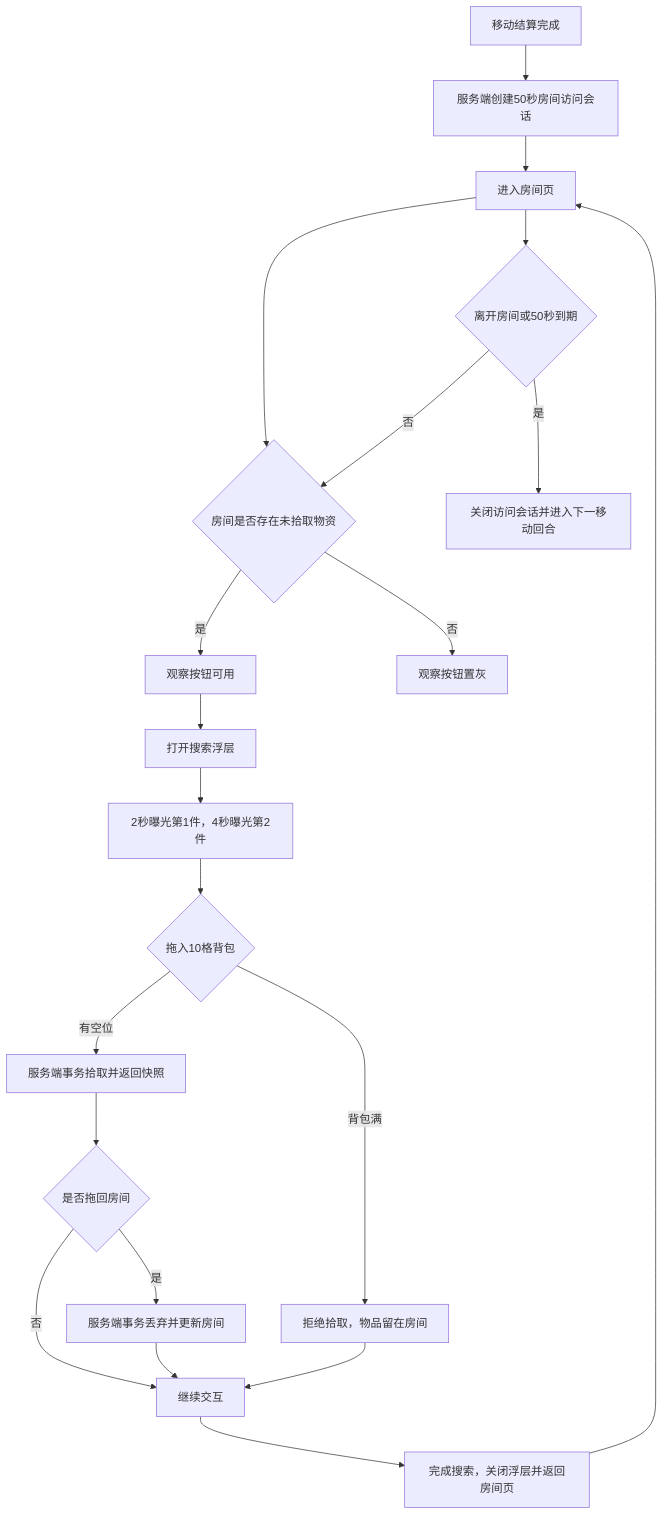
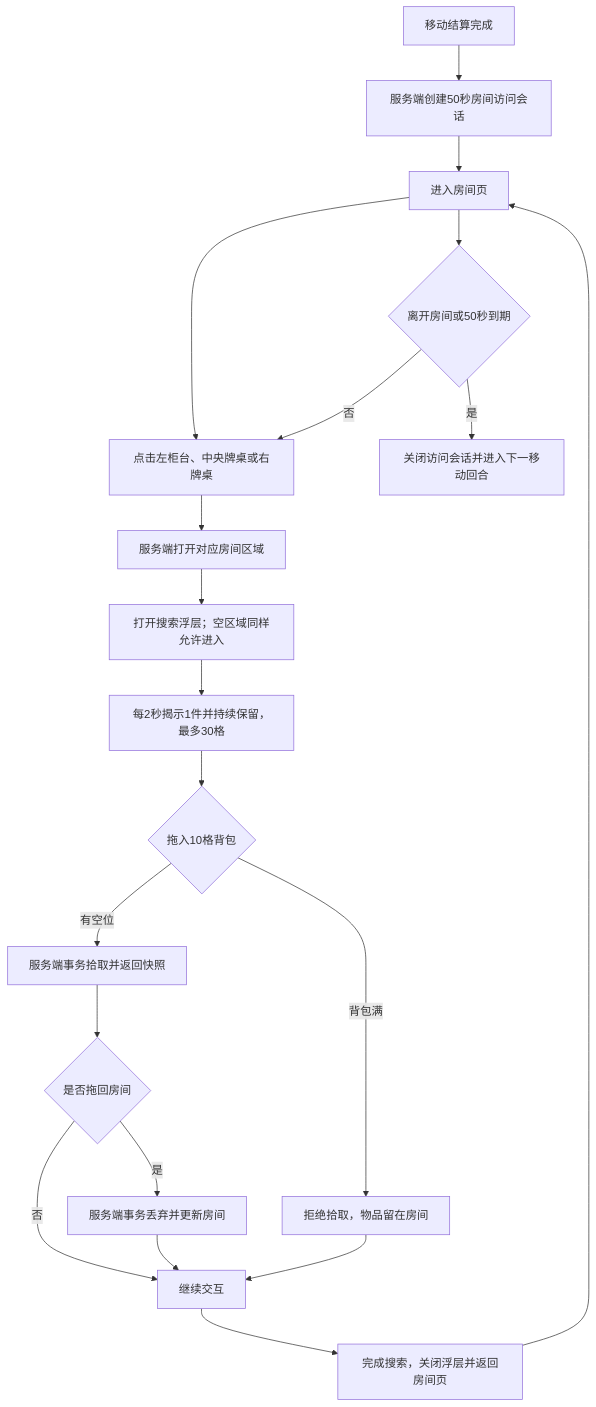
The eighth of 10 diagrams in docs/游戏产品流程图.md (Yeungsam/heisino-game), drawn with Mermaid before and after one commit. The commit also changed other lines of this file and 39 other files, not shown here.

````diff
--- a/docs/游戏产品流程图.md
+++ b/docs/游戏产品流程图.md
@@ -287,23 +287,22 @@
 ```mermaid
 flowchart TD
     A["移动结算完成"] --> B["服务端创建50秒房间访问会话"]
     B --> C["进入房间页"]
-    C --> D{"房间是否存在未拾取物资"}
-    D -- "是" --> E["观察按钮可用"]
-    D -- "否" --> F["观察按钮置灰"]
-    E --> G["打开搜索浮层"]
-    G --> H["2秒曝光第1件，4秒曝光第2件"]
+    C --> D["点击左柜台、中央牌桌或右牌桌"]
+    D --> E["服务端打开对应房间区域"]
+    E --> G["打开搜索浮层；空区域同样允许进入"]
+    G --> H["每2秒揭示1件并持续保留，最多30格"]
     H --> I{"拖入10格背包"}
     I -- "有空位" --> J["服务端事务拾取并返回快照"]
     I -- "背包满" --> K["拒绝拾取，物品留在房间"]
     J --> L{"是否拖回房间"}
     L -- "是" --> M["服务端事务丢弃并更新房间"]
     L -- "否" --> N["继续交互"]
     M --> N
     K --> N
     N --> O["完成搜索，关闭浮层并返回房间页"]
     O --> C
     C --> P{"离开房间或50秒到期"}
     P -- "否" --> D
     P -- "是" --> Q["关闭访问会话并进入下一移动回合"]
 ```
````
